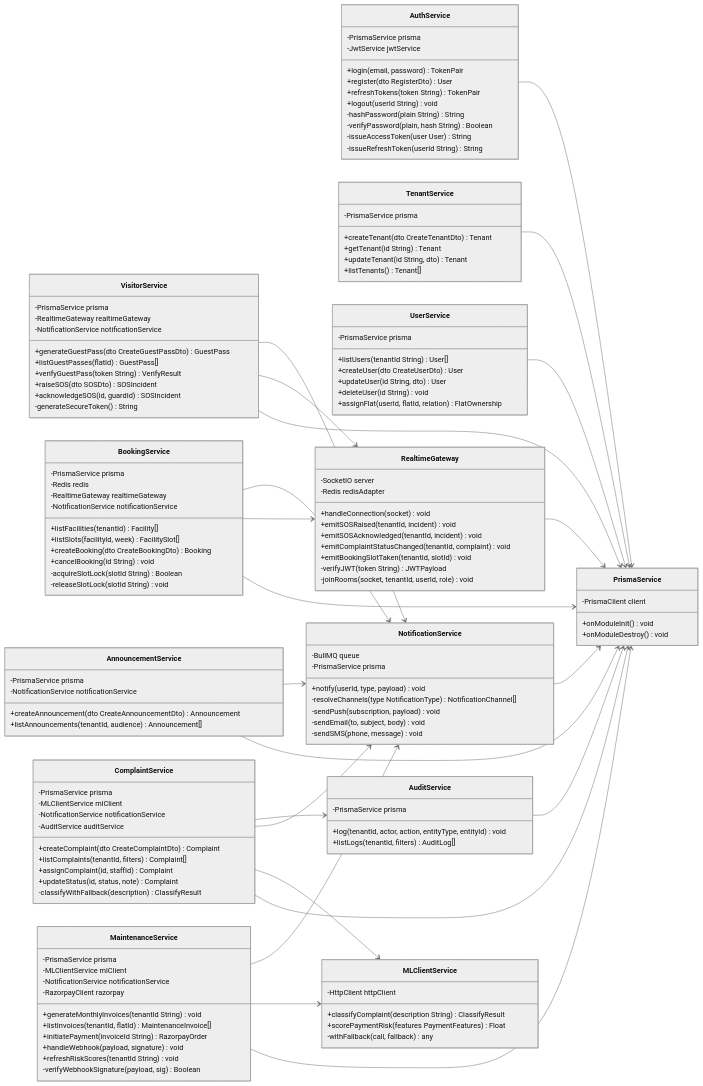
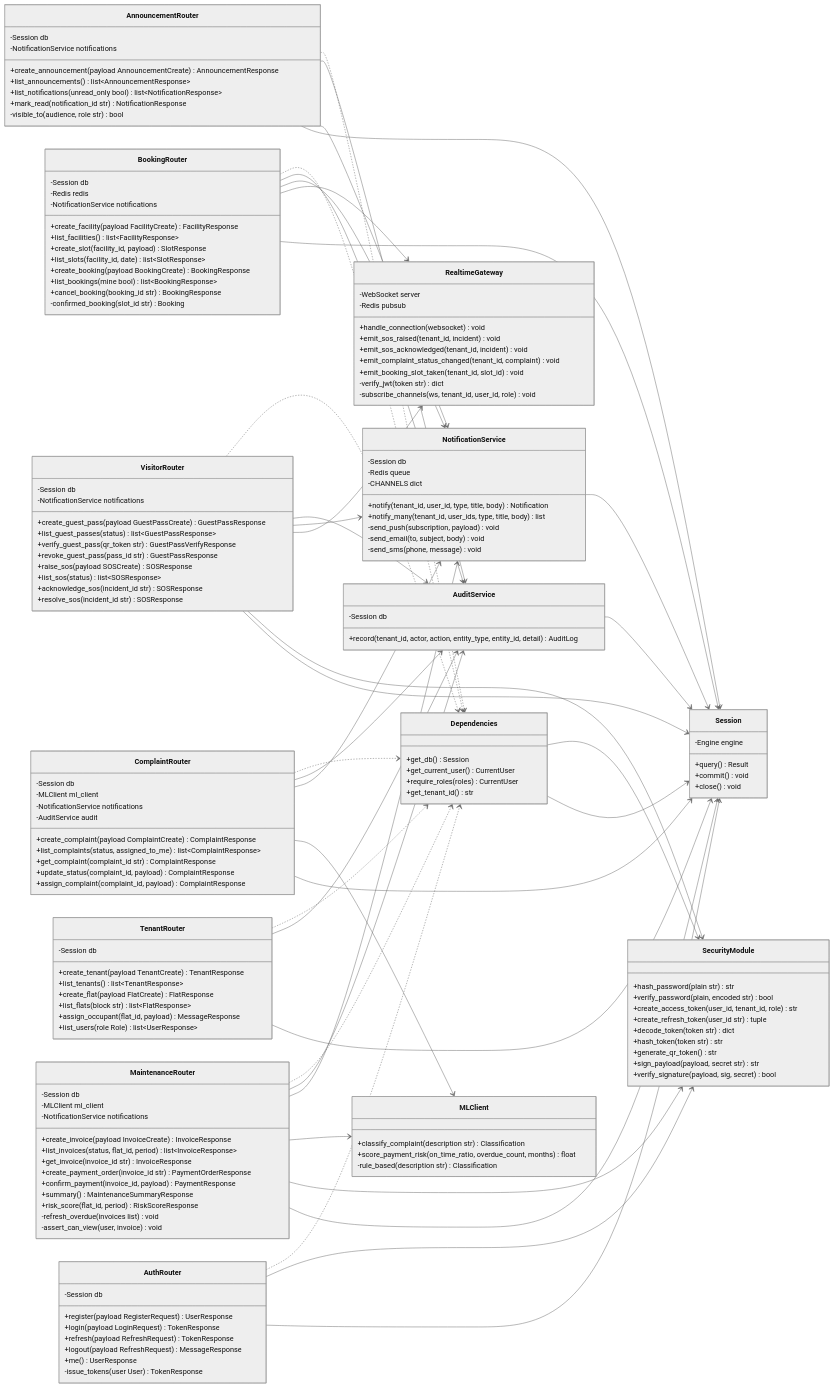
Before and after one commit to V47VANSH/Meridian: the third of 4 diagrams in docs/08-class-diagram.md, drawn with Mermaid (neutral theme). The commit also changed other lines of this file and 14 other files, not shown here.

Commit message:
SCRUM-25 Align design docs and diagrams with the implemented FastAPI stack

````diff
--- a/docs/08-class-diagram.md
+++ b/docs/08-class-diagram.md
@@ -376,154 +376,185 @@
 classDiagram
     direction LR
 
-    class AuthService {
-        -PrismaService prisma
-        -JwtService jwtService
-        +login(email, password) TokenPair
-        +register(dto RegisterDto) User
-        +refreshTokens(token String) TokenPair
-        +logout(userId String) void
-        -hashPassword(plain String) String
-        -verifyPassword(plain, hash String) Boolean
-        -issueAccessToken(user User) String
-        -issueRefreshToken(userId String) String
+    class AuthRouter {
+        -Session db
+        +register(payload RegisterRequest) UserResponse
+        +login(payload LoginRequest) TokenResponse
+        +refresh(payload RefreshRequest) TokenResponse
+        +logout(payload RefreshRequest) MessageResponse
+        +me() UserResponse
+        -issue_tokens(user User) TokenResponse
     }
 
-    class TenantService {
-        -PrismaService prisma
-        +createTenant(dto CreateTenantDto) Tenant
-        +getTenant(id String) Tenant
-        +updateTenant(id String, dto) Tenant
-        +listTenants() Tenant[]
+    class SecurityModule {
+        +hash_password(plain str) str
+        +verify_password(plain, encoded str) bool
+        +create_access_token(user_id, tenant_id, role) str
+        +create_refresh_token(user_id str) tuple
+        +decode_token(token str) dict
+        +hash_token(token str) str
+        +generate_qr_token() str
+        +sign_payload(payload, secret str) str
+        +verify_signature(payload, sig, secret) bool
     }
 
-    class UserService {
-        -PrismaService prisma
-        +listUsers(tenantId String) User[]
-        +createUser(dto CreateUserDto) User
-        +updateUser(id String, dto) User
-        +deleteUser(id String) void
-        +assignFlat(userId, flatId, relation) FlatOwnership
+    class TenantRouter {
+        -Session db
+        +create_tenant(payload TenantCreate) TenantResponse
+        +list_tenants() list~TenantResponse~
+        +create_flat(payload FlatCreate) FlatResponse
+        +list_flats(block str) list~FlatResponse~
+        +assign_occupant(flat_id, payload) MessageResponse
+        +list_users(role Role) list~UserResponse~
     }
 
-    class MaintenanceService {
-        -PrismaService prisma
-        -MLClientService mlClient
-        -NotificationService notificationService
-        -RazorpayClient razorpay
-        +generateMonthlyInvoices(tenantId String) void
-        +listInvoices(tenantId, flatId) MaintenanceInvoice[]
-        +initiatePayment(invoiceId String) RazorpayOrder
-        +handleWebhook(payload, signature) void
-        +refreshRiskScores(tenantId String) void
-        -verifyWebhookSignature(payload, sig) Boolean
+    class MaintenanceRouter {
+        -Session db
+        -MLClient ml_client
+        -NotificationService notifications
+        +create_invoice(payload InvoiceCreate) InvoiceResponse
+        +list_invoices(status, flat_id, period) list~InvoiceResponse~
+        +get_invoice(invoice_id str) InvoiceResponse
+        +create_payment_order(invoice_id str) PaymentOrderResponse
+        +confirm_payment(invoice_id, payload) PaymentResponse
+        +summary() MaintenanceSummaryResponse
+        +risk_score(flat_id, period) RiskScoreResponse
+        -refresh_overdue(invoices list) void
+        -assert_can_view(user, invoice) void
     }
 
-    class ComplaintService {
-        -PrismaService prisma
-        -MLClientService mlClient
-        -NotificationService notificationService
-        -AuditService auditService
-        +createComplaint(dto CreateComplaintDto) Complaint
-        +listComplaints(tenantId, filters) Complaint[]
-        +assignComplaint(id, staffId) Complaint
-        +updateStatus(id, status, note) Complaint
-        -classifyWithFallback(description) ClassifyResult
+    class ComplaintRouter {
+        -Session db
+        -MLClient ml_client
+        -NotificationService notifications
+        -AuditService audit
+        +create_complaint(payload ComplaintCreate) ComplaintResponse
+        +list_complaints(status, assigned_to_me) list~ComplaintResponse~
+        +get_complaint(complaint_id str) ComplaintResponse
+        +update_status(complaint_id, payload) ComplaintResponse
+        +assign_complaint(complaint_id, payload) ComplaintResponse
     }
 
-    class BookingService {
-        -PrismaService prisma
+    class BookingRouter {
+        -Session db
         -Redis redis
-        -RealtimeGateway realtimeGateway
-        -NotificationService notificationService
-        +listFacilities(tenantId) Facility[]
-        +listSlots(facilityId, week) FacilitySlot[]
-        +createBooking(dto CreateBookingDto) Booking
-        +cancelBooking(id String) void
-        -acquireSlotLock(slotId String) Boolean
-        -releaseSlotLock(slotId String) void
+        -NotificationService notifications
+        +create_facility(payload FacilityCreate) FacilityResponse
+        +list_facilities() list~FacilityResponse~
+        +create_slot(facility_id, payload) SlotResponse
+        +list_slots(facility_id, date) list~SlotResponse~
+        +create_booking(payload BookingCreate) BookingResponse
+        +list_bookings(mine bool) list~BookingResponse~
+        +cancel_booking(booking_id str) BookingResponse
+        -confirmed_booking(slot_id str) Booking
     }
 
-    class VisitorService {
-        -PrismaService prisma
-        -RealtimeGateway realtimeGateway
-        -NotificationService notificationService
-        +generateGuestPass(dto CreateGuestPassDto) GuestPass
-        +listGuestPasses(flatId) GuestPass[]
-        +verifyGuestPass(token String) VerifyResult
-        +raiseSOS(dto SOSDto) SOSIncident
-        +acknowledgeSOS(id, guardId) SOSIncident
-        -generateSecureToken() String
+    class VisitorRouter {
+        -Session db
+        -NotificationService notifications
+        +create_guest_pass(payload GuestPassCreate) GuestPassResponse
+        +list_guest_passes(status) list~GuestPassResponse~
+        +verify_guest_pass(qr_token str) GuestPassVerifyResponse
+        +revoke_guest_pass(pass_id str) GuestPassResponse
+        +raise_sos(payload SOSCreate) SOSResponse
+        +list_sos(status) list~SOSResponse~
+        +acknowledge_sos(incident_id str) SOSResponse
+        +resolve_sos(incident_id str) SOSResponse
     }
 
-    class AnnouncementService {
-        -PrismaService prisma
-        -NotificationService notificationService
-        +createAnnouncement(dto CreateAnnouncementDto) Announcement
-        +listAnnouncements(tenantId, audience) Announcement[]
+    class AnnouncementRouter {
+        -Session db
+        -NotificationService notifications
+        +create_announcement(payload AnnouncementCreate) AnnouncementResponse
+        +list_announcements() list~AnnouncementResponse~
+        +list_notifications(unread_only bool) list~NotificationResponse~
+        +mark_read(notification_id str) NotificationResponse
+        -visible_to(audience, role str) bool
     }
 
     class NotificationService {
-        -BullMQ queue
-        -PrismaService prisma
-        +notify(userId, type, payload) void
-        -resolveChannels(type NotificationType) NotificationChannel[]
-        -sendPush(subscription, payload) void
-        -sendEmail(to, subject, body) void
-        -sendSMS(phone, message) void
+        -Session db
+        -Redis queue
+        +notify(tenant_id, user_id, type, title, body) Notification
+        +notify_many(tenant_id, user_ids, type, title, body) list
+        -CHANNELS dict
+        -send_push(subscription, payload) void
+        -send_email(to, subject, body) void
+        -send_sms(phone, message) void
     }
 
     class AuditService {
-        -PrismaService prisma
-        +log(tenantId, actor, action, entityType, entityId) void
-        +listLogs(tenantId, filters) AuditLog[]
+        -Session db
+        +record(tenant_id, actor, action, entity_type, entity_id, detail) AuditLog
     }
 
     class RealtimeGateway {
-        -SocketIO server
-        -Redis redisAdapter
-        +handleConnection(socket) void
-        +emitSOSRaised(tenantId, incident) void
-        +emitSOSAcknowledged(tenantId, incident) void
-        +emitComplaintStatusChanged(tenantId, complaint) void
-        +emitBookingSlotTaken(tenantId, slotId) void
-        -verifyJWT(token String) JWTPayload
-        -joinRooms(socket, tenantId, userId, role) void
+        -WebSocket server
+        -Redis pubsub
+        +handle_connection(websocket) void
+        +emit_sos_raised(tenant_id, incident) void
+        +emit_sos_acknowledged(tenant_id, incident) void
+        +emit_complaint_status_changed(tenant_id, complaint) void
+        +emit_booking_slot_taken(tenant_id, slot_id) void
+        -verify_jwt(token str) dict
+        -subscribe_channels(ws, tenant_id, user_id, role) void
     }
 
-    class MLClientService {
-        -HttpClient httpClient
-        +classifyComplaint(description String) ClassifyResult
-        +scorePaymentRisk(features PaymentFeatures) Float
-        -withFallback(call, fallback) any
+    class MLClient {
+        +classify_complaint(description str) Classification
+        +score_payment_risk(on_time_ratio, overdue_count, months) float
+        -rule_based(description str) Classification
     }
 
-    class PrismaService {
-        -PrismaClient client
-        +onModuleInit() void
-        +onModuleDestroy() void
+    class Dependencies {
+        +get_db() Session
+        +get_current_user() CurrentUser
+        +require_roles(roles) CurrentUser
+        +get_tenant_id() str
+    }
+
+    class Session {
+        -Engine engine
+        +query() Result
+        +commit() void
+        +close() void
     }
 
     %% Dependencies
-    AuthService --> PrismaService
-    TenantService --> PrismaService
-    UserService --> PrismaService
-    MaintenanceService --> PrismaService
-    MaintenanceService --> MLClientService
-    MaintenanceService --> NotificationService
-    ComplaintService --> PrismaService
-    ComplaintService --> MLClientService
-    ComplaintService --> NotificationService
-    ComplaintService --> AuditService
-    BookingService --> PrismaService
-    BookingService --> RealtimeGateway
-    BookingService --> NotificationService
-    VisitorService --> PrismaService
-    VisitorService --> RealtimeGateway
-    VisitorService --> NotificationService
-    AnnouncementService --> PrismaService
-    AnnouncementService --> NotificationService
-    NotificationService --> PrismaService
-    AuditService --> PrismaService
-    RealtimeGateway --> PrismaService
+    AuthRouter --> Session
+    AuthRouter --> SecurityModule
+    TenantRouter --> Session
+    TenantRouter --> AuditService
+    MaintenanceRouter --> Session
+    MaintenanceRouter --> SecurityModule
+    MaintenanceRouter --> MLClient
+    MaintenanceRouter --> NotificationService
+    MaintenanceRouter --> AuditService
+    ComplaintRouter --> Session
+    ComplaintRouter --> MLClient
+    ComplaintRouter --> NotificationService
+    ComplaintRouter --> AuditService
+    BookingRouter --> Session
+    BookingRouter --> RealtimeGateway
+    BookingRouter --> NotificationService
+    BookingRouter --> AuditService
+    VisitorRouter --> Session
+    VisitorRouter --> SecurityModule
+    VisitorRouter --> RealtimeGateway
+    VisitorRouter --> NotificationService
+    VisitorRouter --> AuditService
+    AnnouncementRouter --> Session
+    AnnouncementRouter --> NotificationService
+    AnnouncementRouter --> AuditService
+    NotificationService --> Session
+    AuditService --> Session
+    Dependencies --> Session
+    Dependencies --> SecurityModule
+    AuthRouter ..> Dependencies
+    MaintenanceRouter ..> Dependencies
+    ComplaintRouter ..> Dependencies
+    BookingRouter ..> Dependencies
+    VisitorRouter ..> Dependencies
+    AnnouncementRouter ..> Dependencies
+    TenantRouter ..> Dependencies
 ```
````
